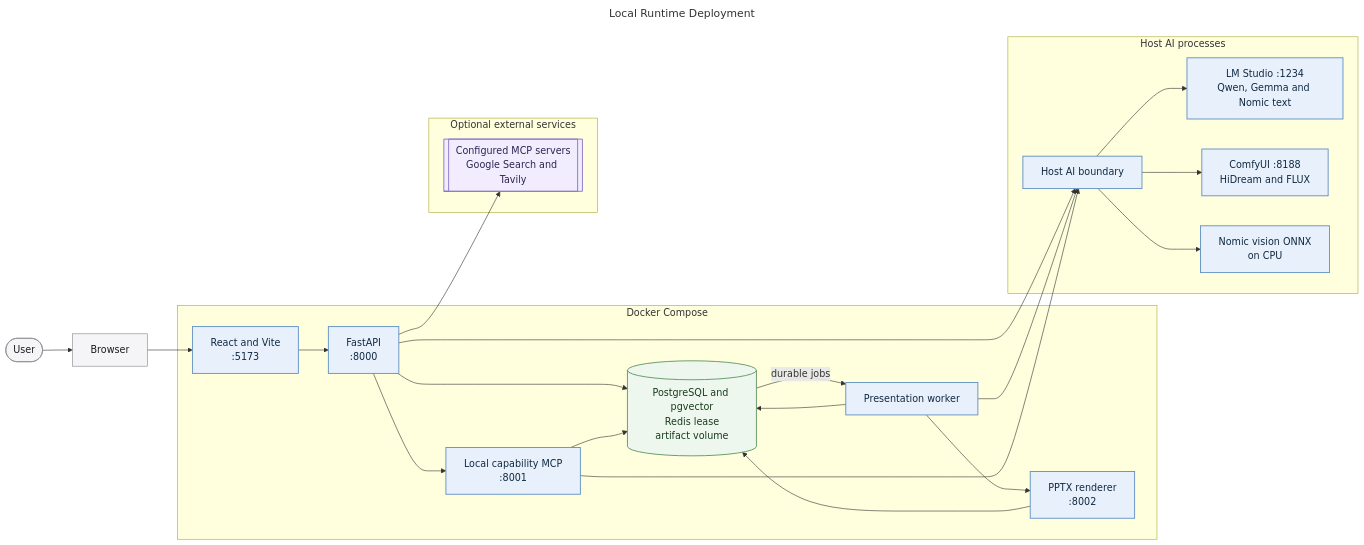
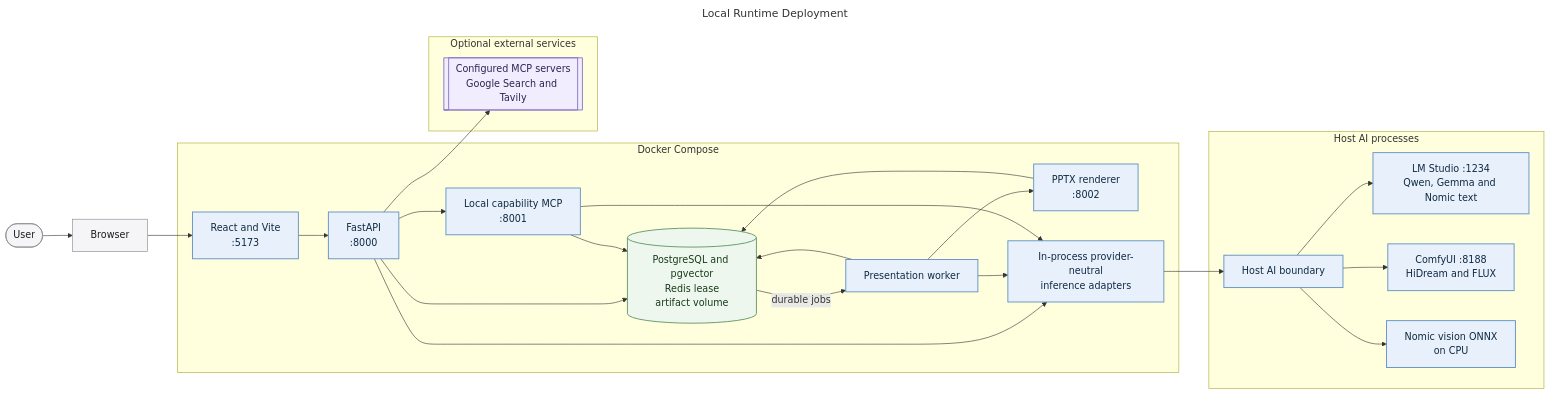
One commit to MallyaAni/PersonalAssistant changed the diagram in docs/diagrams/runtime-deployment.mmd. Above: the diagram before and after it, drawn with Mermaid. The commit also changed 63 other files, not shown here.

```diff
--- a/docs/diagrams/runtime-deployment.mmd
+++ b/docs/diagrams/runtime-deployment.mmd
@@ -1,51 +1,53 @@
 ---
 title: Local Runtime Deployment
 ---
 flowchart LR
     User([User]) --> Browser[Browser]
 
     subgraph Compose[Docker Compose]
         Frontend[React and Vite<br/>:5173]
         Backend[FastAPI<br/>:8000]
         Worker[Presentation worker]
         MCP[Local capability MCP<br/>:8001]
         Renderer[PPTX renderer<br/>:8002]
+        Adapters[In-process provider-neutral<br/>inference adapters]
         Stores[(PostgreSQL and pgvector<br/>Redis lease<br/>artifact volume)]
     end
 
     subgraph Host[Host AI processes]
         AI[Host AI boundary]
         LMStudio[LM Studio :1234<br/>Qwen, Gemma and Nomic text]
         ComfyUI[ComfyUI :8188<br/>HiDream and FLUX]
         VisionEmbed[Nomic vision ONNX<br/>on CPU]
         AI --> LMStudio
         AI --> ComfyUI
         AI --> VisionEmbed
     end
 
     subgraph External[Optional external services]
         Integrations[[Configured MCP servers<br/>Google Search and Tavily]]
     end
 
     Browser --> Frontend --> Backend
     Backend --> Stores
-    Backend --> AI
+    Backend --> Adapters
     Backend --> MCP
     Backend --> Integrations
 
     Stores -->|durable jobs| Worker
     Worker --> Stores
-    Worker --> AI
+    Worker --> Adapters
     Worker --> Renderer
     Renderer --> Stores
     MCP --> Stores
-    MCP --> AI
+    MCP --> Adapters
+    Adapters --> AI
 
     classDef user fill:#f5f5f7,stroke:#86868b,color:#1d1d1f;
     classDef process fill:#e8f1fb,stroke:#5e8fc4,color:#102a43,stroke-width:1.5px;
     classDef data fill:#eef7ee,stroke:#5f9562,color:#183b1b,stroke-width:1.5px;
     classDef external fill:#f1edff,stroke:#8872c6,color:#2e2450,stroke-width:1.5px;
     class User,Browser user;
-    class Frontend,Backend,Worker,MCP,Renderer,AI,LMStudio,ComfyUI,VisionEmbed process;
+    class Frontend,Backend,Worker,MCP,Renderer,Adapters,AI,LMStudio,ComfyUI,VisionEmbed process;
     class Stores data;
     class Integrations external;
```
